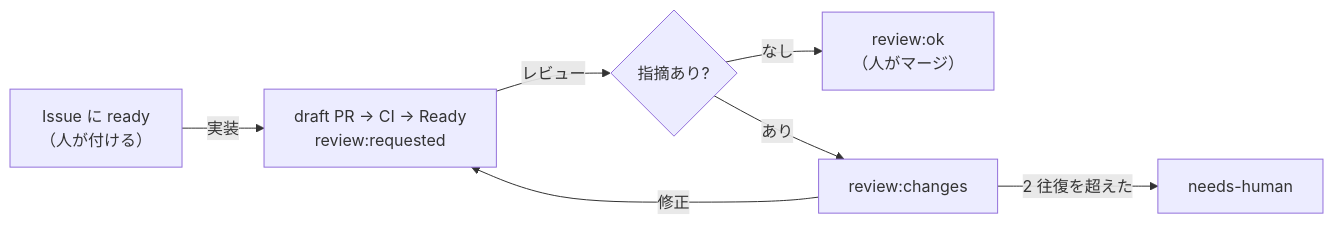
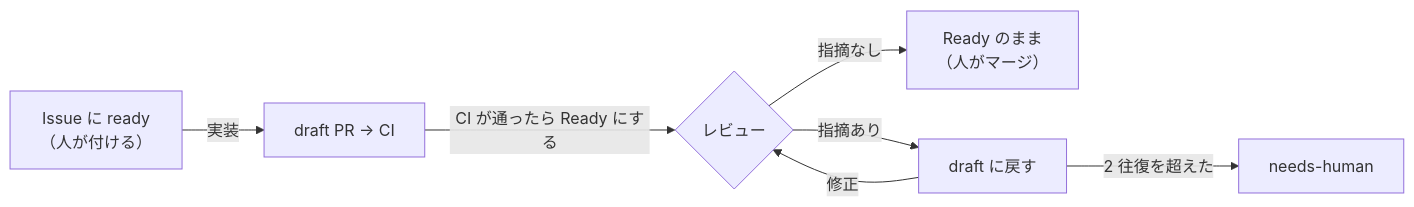
Before and after one commit to namu112358/poc-software-factory-20261112: the diagram in .claude/routines/README.md, drawn with Mermaid. The commit also changed other lines of this file and 4 other files, not shown here.

First line of the commit message:
レビューと修正を、PR の Ready と draft の切り替えで起動する (#11)

````diff
--- a/.claude/routines/README.md
+++ b/.claude/routines/README.md
@@ -7,9 +9,9 @@
 ```mermaid
 flowchart LR
-  I["Issue に ready<br/>（人が付ける）"] -->|実装| P["draft PR → CI → Ready<br/>review:requested"]
-  P -->|レビュー| R{"指摘あり?"}
-  R -- なし --> OK["review:ok<br/>（人がマージ）"]
-  R -- あり --> C["review:changes"]
-  C -->|修正| P
-  C -->|2 往復を超えた| H["needs-human"]
+  I["Issue に ready<br/>（人が付ける）"] -->|実装| D["draft PR → CI"]
+  D -->|CI が通ったら Ready にする| R{"レビュー"}
+  R -- 指摘なし --> OK["Ready のまま<br/>（人がマージ）"]
+  R -- 指摘あり --> B["draft に戻す"]
+  B -->|修正| R
+  B -->|2 往復を超えた| H["needs-human"]
 ```
````
